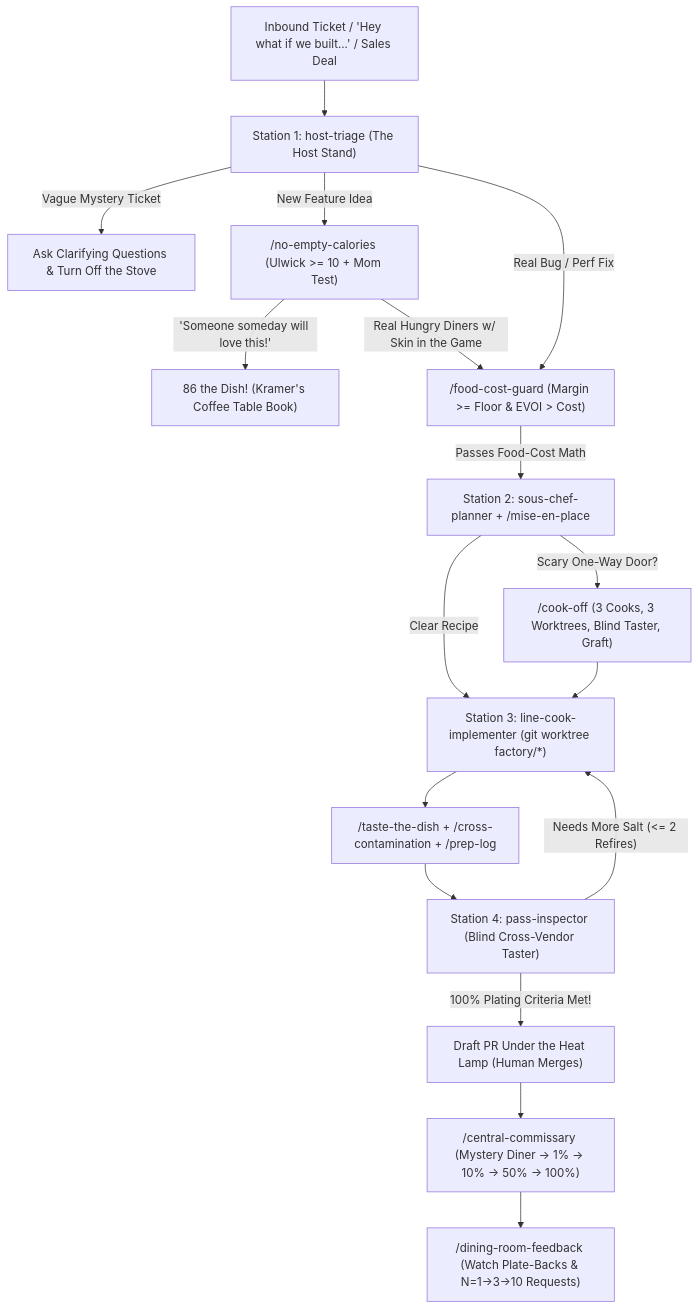
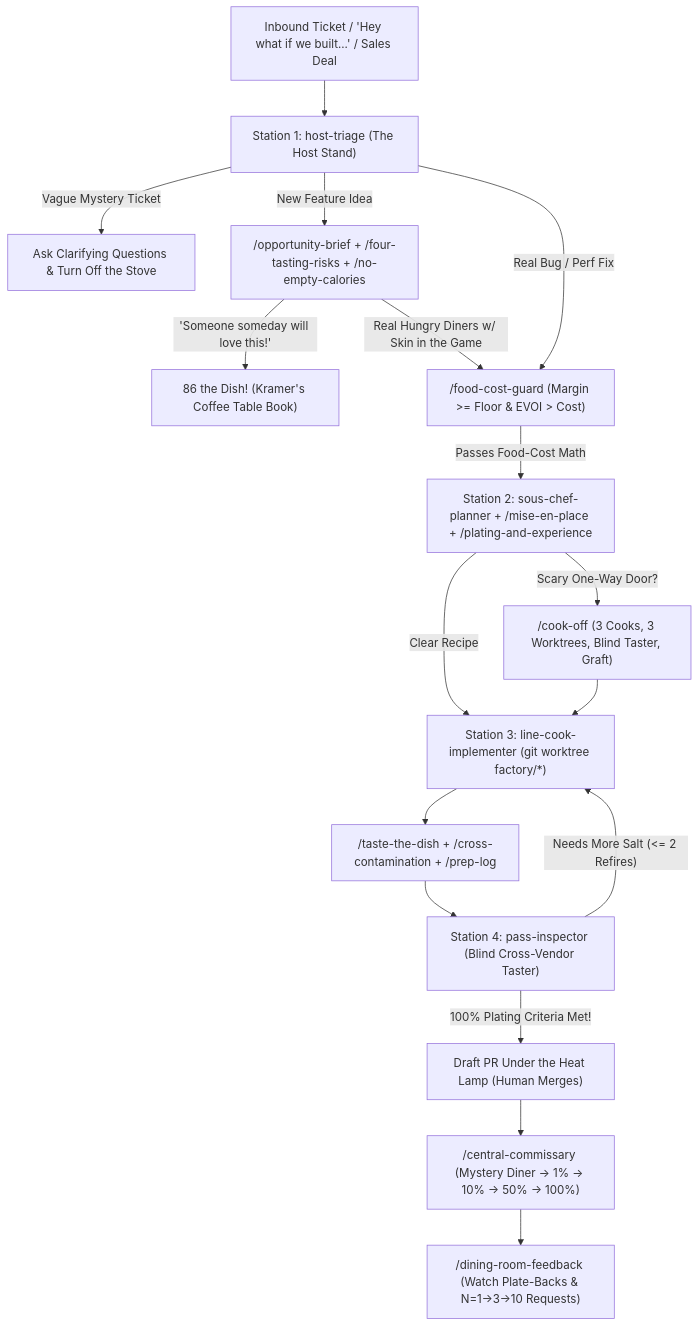
Before and after one commit to agronomist/principled-product-factory: the diagram in README.md, drawn with Mermaid. The commit also changed other lines of this file and 9 other files, not shown here.

Commit message:
Add Marty Cagan Product Trio skills (opportunity-brief, four-tasting-risks, plating-and-experience) and Plated != Eaten telemetry rule

````diff
--- a/README.md
+++ b/README.md
@@ -56,19 +56,19 @@
 ```mermaid
 flowchart TD
     Intake["Inbound Ticket / 'Hey what if we built...' / Sales Deal"] --> Host["Station 1: host-triage (The Host Stand)"]
     Host -- "Vague Mystery Ticket" --> Ask["Ask Clarifying Questions & Turn Off the Stove"]
-    Host -- "New Feature Idea" --> ValueGate["/no-empty-calories (Ulwick >= 10 + Mom Test)"]
+    Host -- "New Feature Idea" --> ValueGate["/opportunity-brief + /four-tasting-risks + /no-empty-calories"]
     ValueGate -- "'Someone someday will love this!'" --> EightySix["86 the Dish! (Kramer's Coffee Table Book)"]
     ValueGate -- "Real Hungry Diners w/ Skin in the Game" --> CostGate["/food-cost-guard (Margin >= Floor & EVOI > Cost)"]
     Host -- "Real Bug / Perf Fix" --> CostGate
-    CostGate -- "Passes Food-Cost Math" --> Sous["Station 2: sous-chef-planner + /mise-en-place"]
+    CostGate -- "Passes Food-Cost Math" --> Sous["Station 2: sous-chef-planner + /mise-en-place + /plating-and-experience"]
     Sous -- "Scary One-Way Door?" --> CookOff["/cook-off (3 Cooks, 3 Worktrees, Blind Taster, Graft)"]
     Sous -- "Clear Recipe" --> LineCook["Station 3: line-cook-implementer (git worktree factory/*)"]
     CookOff --> LineCook
     LineCook --> Taste["/taste-the-dish + /cross-contamination + /prep-log"]
     Taste --> Pass["Station 4: pass-inspector (Blind Cross-Vendor Taster)"]
     Pass -- "Needs More Salt (<= 2 Refires)" --> LineCook
     Pass -- "100% Plating Criteria Met!" --> DraftPR["Draft PR Under the Heat Lamp (Human Merges)"]
     DraftPR --> FirstTables["/central-commissary (Mystery Diner -> 1% -> 10% -> 50% -> 100%)"]
     FirstTables --> Flywheel["/dining-room-feedback (Watch Plate-Backs & N=1->3->10 Requests)"]
 ```
````
